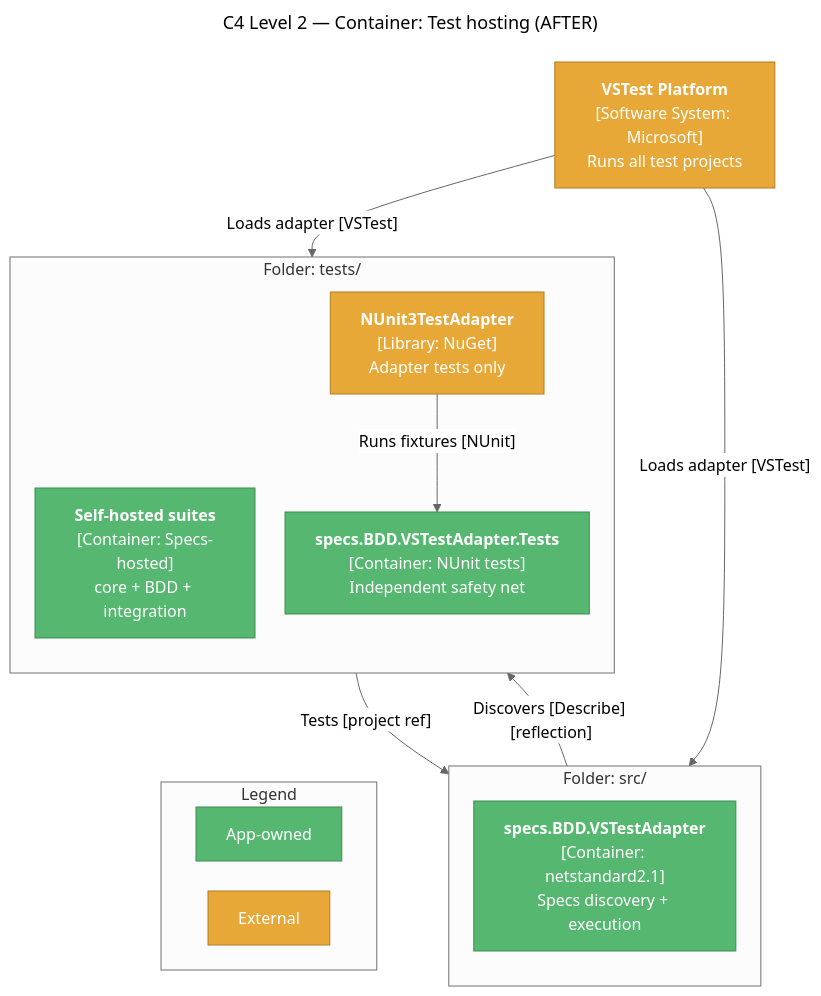
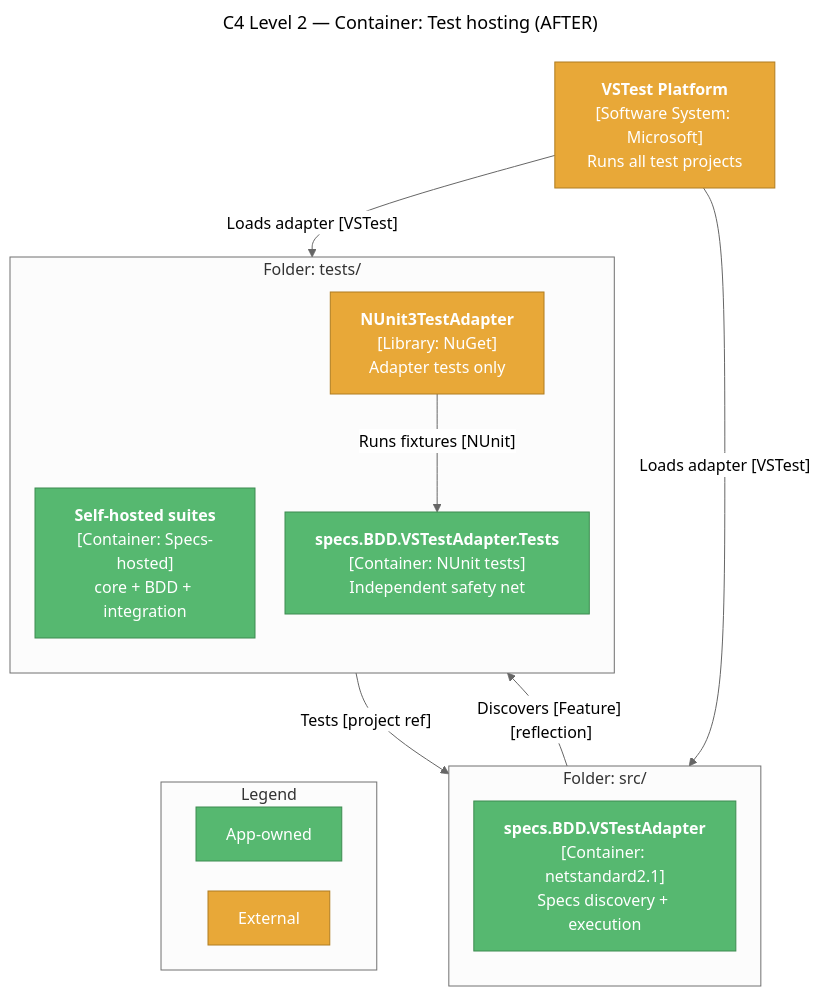
One commit to yozepi/Specs changed diagram 28 of 33 in memory-bank/systemPatterns.md. Above: the diagram before and after it, drawn with Mermaid. The commit also changed other lines of this file and 97 other files, not shown here.

````diff
--- a/memory-bank/systemPatterns.md
+++ b/memory-bank/systemPatterns.md
@@ -1127,37 +1257,37 @@
 ```mermaid
 ---
 title: "C4 Level 2 — Container: Test hosting (AFTER)"
 ---
 %%{init: {'theme': 'neutral', 'flowchart': {'nodeSpacing': 30, 'rankSpacing': 45, 'wrappingWidth': 160}}}%%
 flowchart TD
     VST["<b>VSTest Platform</b><br/>[Software System: Microsoft]<br/>Runs all test projects"]:::external
 
     subgraph SRC["Folder: src/"]
         direction TB
         ADP["<b>specs.BDD.VSTestAdapter</b><br/>[Container: netstandard2.1]<br/>Specs discovery + execution"]:::app
     end
 
     subgraph TESTS["Folder: tests/"]
         direction TB
         SELF["<b>Self-hosted suites</b><br/>[Container: Specs-hosted]<br/>core + BDD + integration"]:::app
         AUT["<b>specs.BDD.VSTestAdapter.Tests</b><br/>[Container: NUnit tests]<br/>Independent safety net"]:::app
         NUA["<b>NUnit3TestAdapter</b><br/>[Library: NuGet]<br/>Adapter tests only"]:::external
     end
 
     VST -->|"Loads adapter [VSTest]"| ADP
-    ADP -->|"Discovers [Describe] [reflection]"| SELF
+    ADP -->|"Discovers [Feature] [reflection]"| SELF
     VST -->|"Loads adapter [VSTest]"| NUA
     NUA -->|"Runs fixtures [NUnit]"| AUT
     AUT -->|"Tests [project ref]"| ADP
 
     subgraph LEGEND["Legend"]
         direction LR
         L1["App-owned"]:::app
         L2["External"]:::external
     end
 
     AUT ~~~ LEGEND
 
     classDef app fill:#56B870,stroke:#3D8B50,color:#fff
     classDef external fill:#E8A838,stroke:#B07D20,color:#fff
 ```
````
